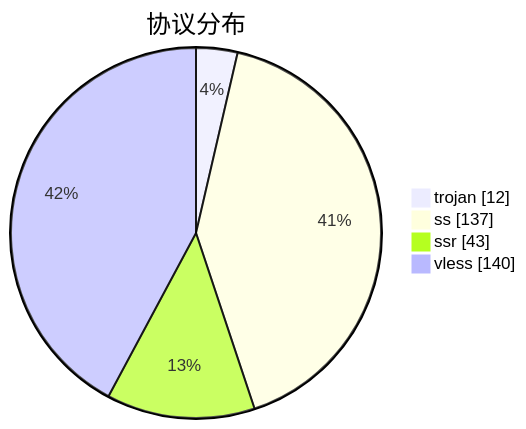
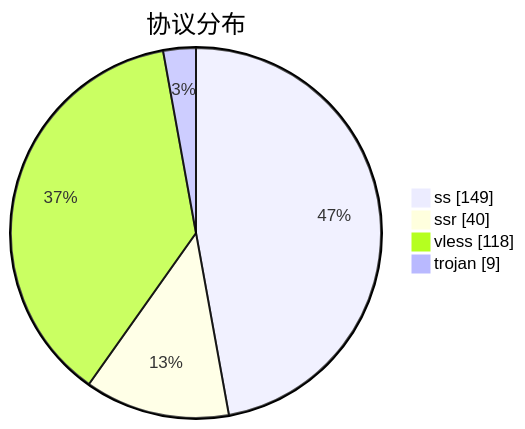
Before and after one commit to qjlxg/airport: the third of 3 diagrams in subs/statistics/tested_within.md, drawn with Mermaid. The commit also changed other lines of this file and 2 other files, not shown here.

````diff
--- a/subs/statistics/tested_within.md
+++ b/subs/statistics/tested_within.md
@@ -19,8 +18,8 @@
 ```mermaid
 pie showData
 title 协议分布
-"trojan" : 12
-"ss" : 137
-"ssr" : 43
-"vless" : 140
+"ss" : 149
+"ssr" : 40
+"vless" : 118
+"trojan" : 9
 ```
````
